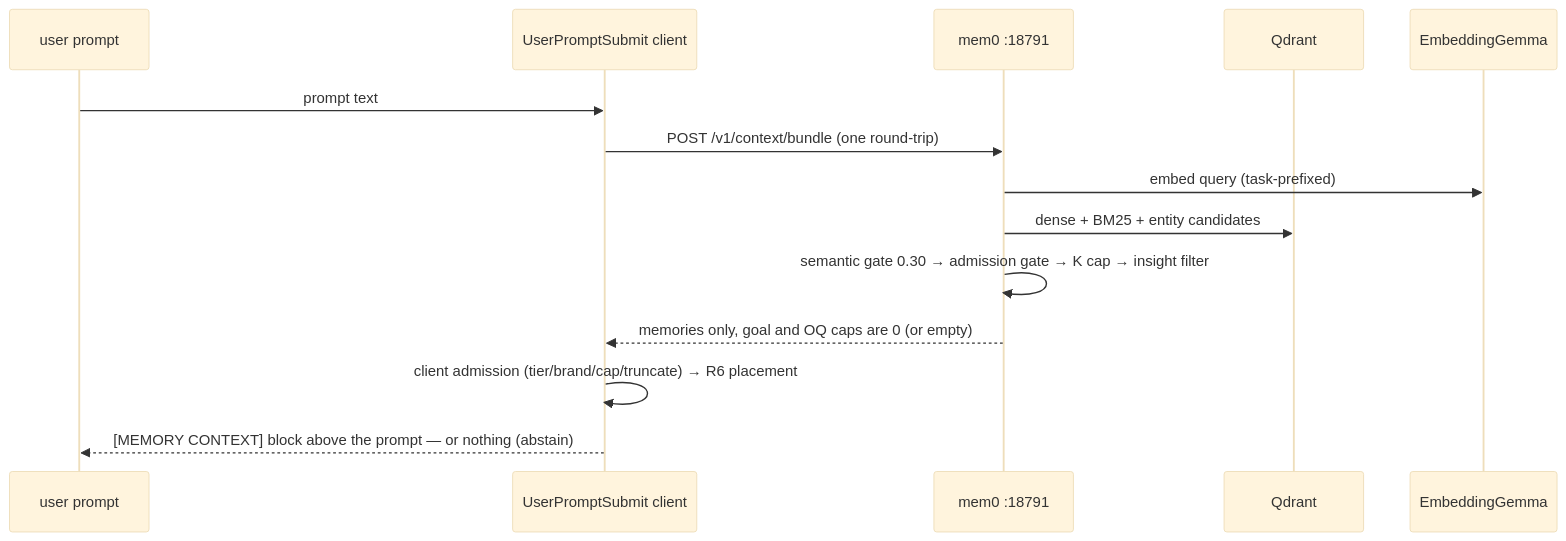
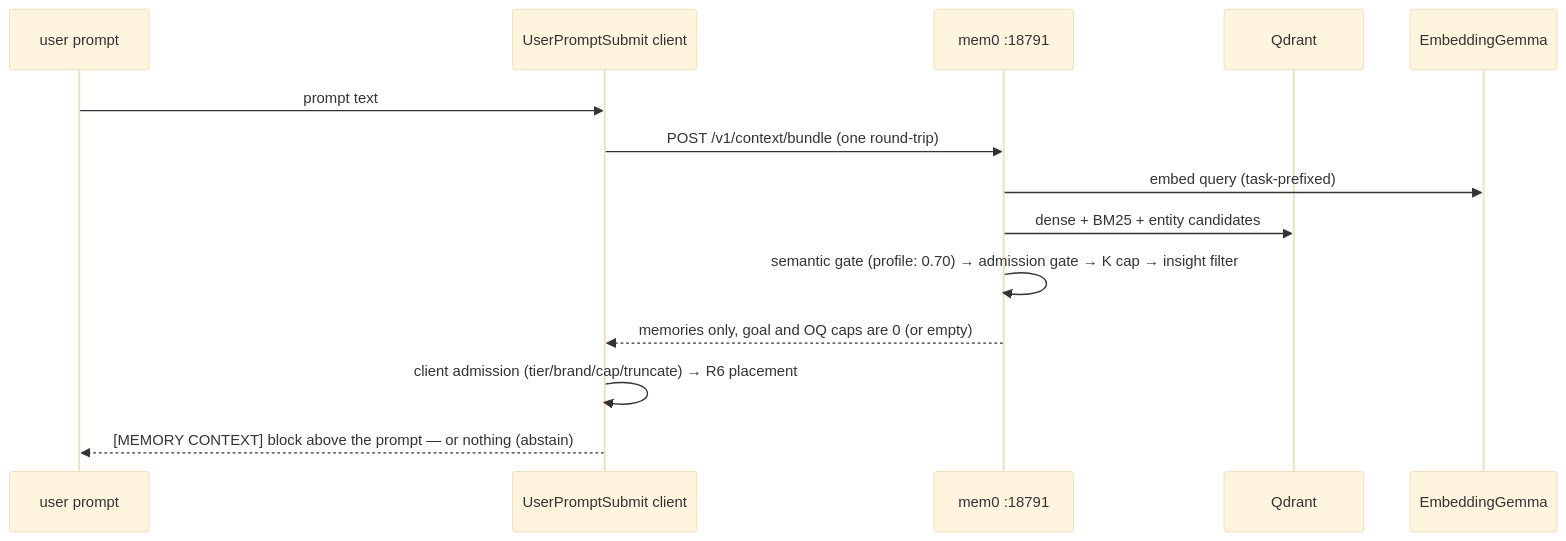
Before and after one commit to dmmdea/agentic-memory-stack-for-claude-code: the diagram in docs/flows/memory-retrieval.md, drawn with Mermaid (base theme). The commit also changed other lines of this file and 45 other files, not shown here.

````diff
--- a/docs/flows/memory-retrieval.md
+++ b/docs/flows/memory-retrieval.md
@@ -83,16 +83,16 @@
 ```mermaid
 sequenceDiagram
     participant U as user prompt
     participant H as UserPromptSubmit client
     participant M as mem0 :18791
     participant Q as Qdrant
     participant E as EmbeddingGemma
     U->>H: prompt text
     H->>M: POST /v1/context/bundle (one round-trip)
     M->>E: embed query (task-prefixed)
     M->>Q: dense + BM25 + entity candidates
-    M->>M: semantic gate 0.30 → admission gate → K cap → insight filter
+    M->>M: semantic gate (profile: 0.70) → admission gate → K cap → insight filter
     M-->>H: memories only, goal and OQ caps are 0 (or empty)
     H->>H: client admission (tier/brand/cap/truncate) → R6 placement
     H-->>U: [MEMORY CONTEXT] block above the prompt — or nothing (abstain)
 ```
````
